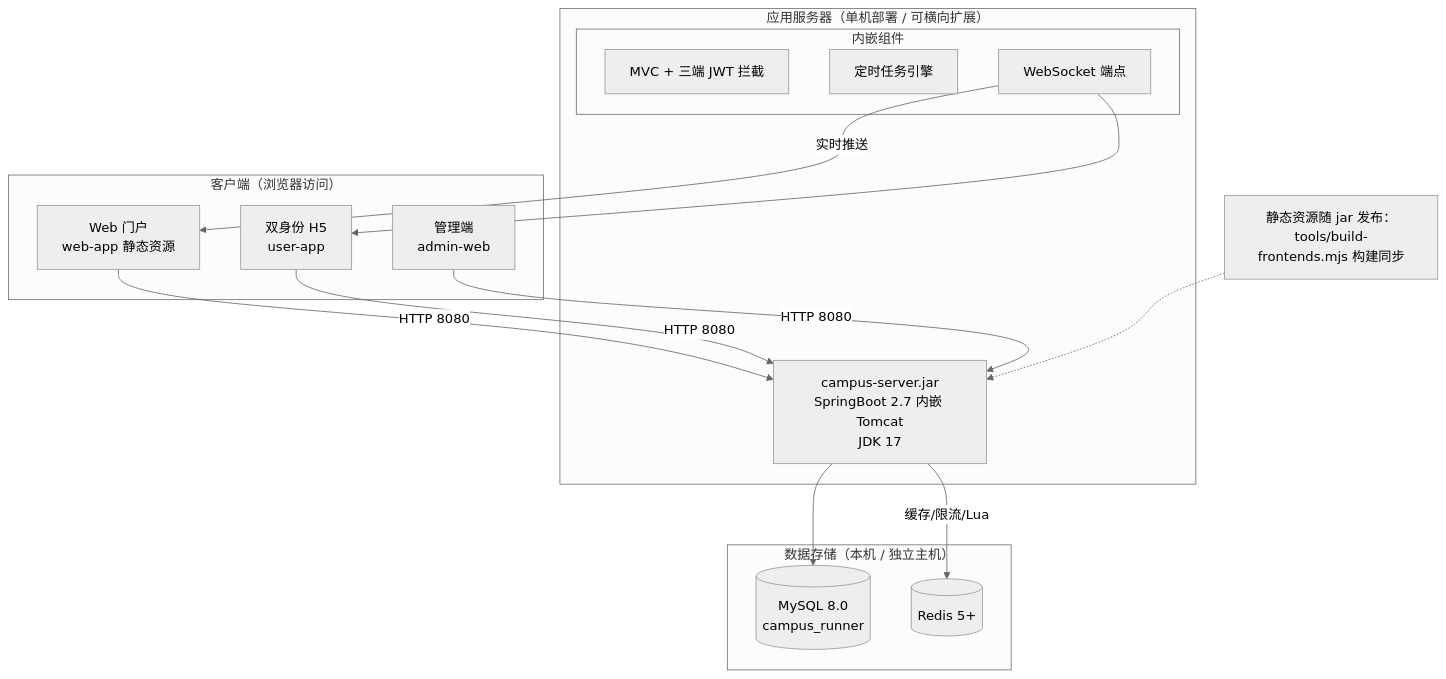
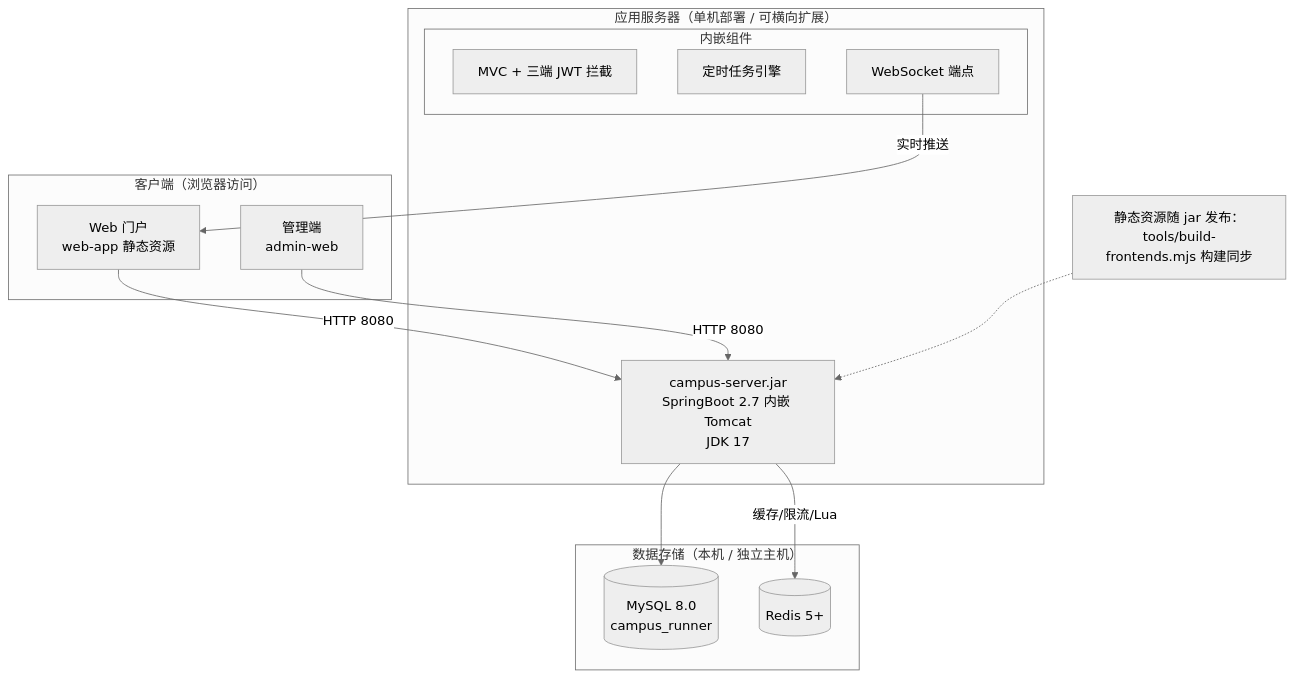
Before and after one commit to istilljump/campus-skill: the diagram in docs/论文图/08-部署架构图.mmd, drawn with Mermaid (neutral theme). The commit also changed 21 other files, not shown here.

First line of the commit message:
refactor: 裁撤 user-app 双身份 H5 移动端，聚焦 web-app + admin-web 双端交付

```diff
--- a/docs/论文图/08-部署架构图.mmd
+++ b/docs/论文图/08-部署架构图.mmd
@@ -1,30 +1,27 @@
 flowchart TB
     subgraph Client["客户端（浏览器访问）"]
         W1["Web 门户<br/>web-app 静态资源"]
-        W2["双身份 H5<br/>user-app"]
         W3["管理端<br/>admin-web"]
     end
 
     subgraph Host["应用服务器（单机部署 / 可横向扩展）"]
         APP["campus-server.jar<br/>SpringBoot 2.7 内嵌 Tomcat<br/>JDK 17"]
         subgraph modules["内嵌组件"]
             MVC["MVC + 三端 JWT 拦截"]
             SCHED["定时任务引擎"]
             WS["WebSocket 端点"]
         end
     end
 
     subgraph Storage["数据存储（本机 / 独立主机）"]
         MYSQL[("MySQL 8.0<br/>campus_runner")]
         REDIS[("Redis 5+")]
     end
 
     W1 -- HTTP 8080 --> APP
-    W2 -- HTTP 8080 --> APP
     W3 -- HTTP 8080 --> APP
     APP --> MYSQL
     APP -- 缓存/限流/Lua --> REDIS
     WS -- 实时推送 --> W1
-    WS --> W2
 
     note1["静态资源随 jar 发布：<br/>tools/build-frontends.mjs 构建同步"] -.-> APP
```
